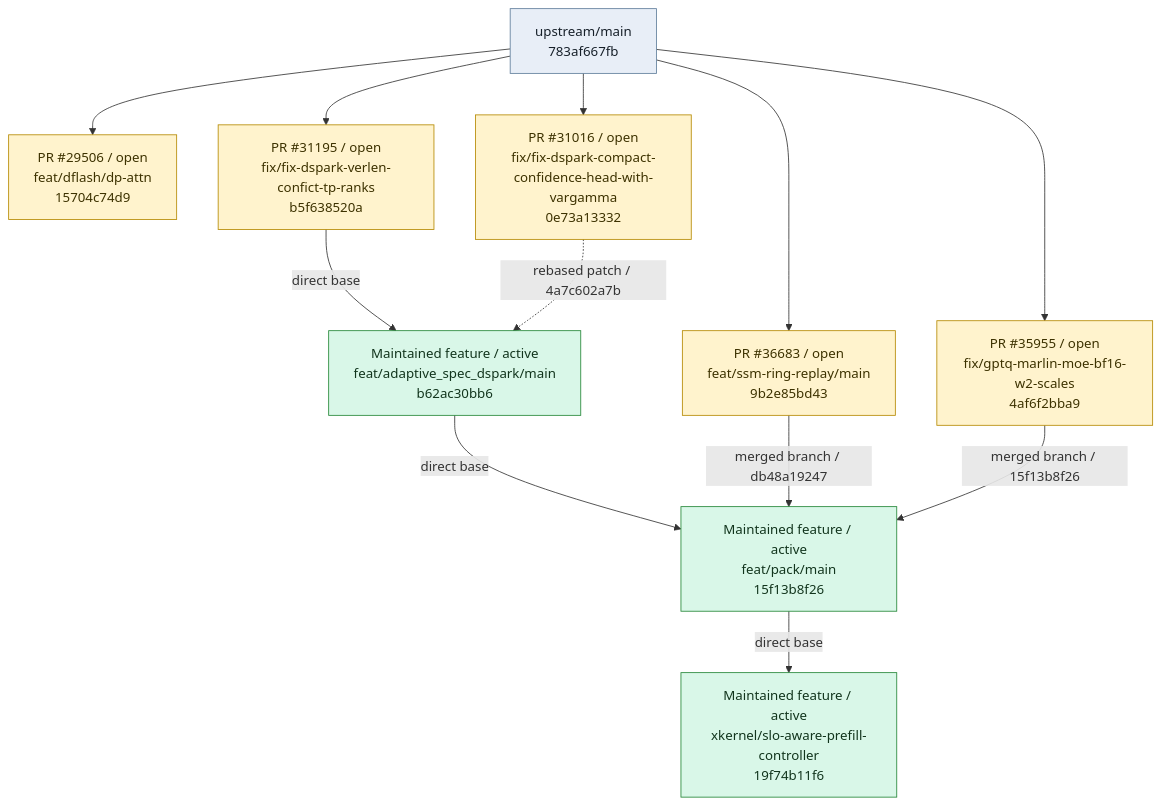
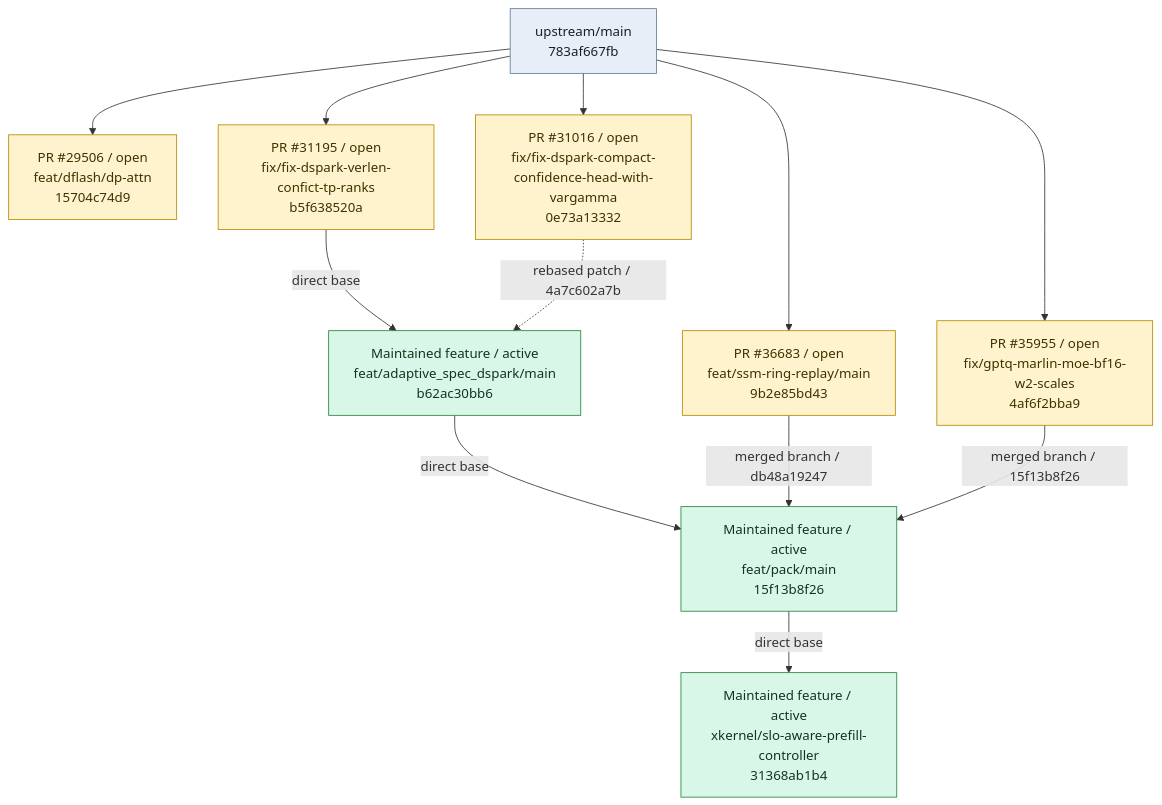
One commit to EanWang211123/sglang changed the first of 4 diagrams in BRANCH_GRAPH.md. Above: the diagram before and after it, drawn with Mermaid. The commit also changed other lines of this file and 2 other files, not shown here.

Commit message:
meta: record SLO profiling KV lifecycle fix

````diff
--- a/BRANCH_GRAPH.md
+++ b/BRANCH_GRAPH.md
@@ -11,37 +11,37 @@
 ```mermaid
 flowchart TD
     base_upstream_main["upstream/main<br/>783af667fb"]
     branch_dflash_dp_attn["PR #29506 / open<br/>feat/dflash/dp-attn<br/>15704c74d9"]
     base_upstream_main --> branch_dflash_dp_attn
     click branch_dflash_dp_attn "https://github.com/sgl-project/sglang/pull/29506"
     branch_dspark_tp_budget_sync["PR #31195 / open<br/>fix/fix-dspark-verlen-confict-tp-ranks<br/>b5f638520a"]
     base_upstream_main --> branch_dspark_tp_budget_sync
     click branch_dspark_tp_budget_sync "https://github.com/sgl-project/sglang/pull/31195"
     branch_dspark_runtime_gamma["PR #31016 / open<br/>fix/fix-dspark-compact-confidence-head-with-vargamma<br/>0e73a13332"]
     base_upstream_main --> branch_dspark_runtime_gamma
     click branch_dspark_runtime_gamma "https://github.com/sgl-project/sglang/pull/31016"
     branch_gptq_marlin_moe_bf16_w2_scales["PR #35955 / open<br/>fix/gptq-marlin-moe-bf16-w2-scales<br/>4af6f2bba9"]
     base_upstream_main --> branch_gptq_marlin_moe_bf16_w2_scales
     click branch_gptq_marlin_moe_bf16_w2_scales "https://github.com/sgl-project/sglang/pull/35955"
     branch_replayssm_dflash_dspark["PR #36683 / open<br/>feat/ssm-ring-replay/main<br/>9b2e85bd43"]
     base_upstream_main --> branch_replayssm_dflash_dspark
     click branch_replayssm_dflash_dspark "https://github.com/sgl-project/sglang/pull/36683"
     branch_dspark_adaptive["Maintained feature / active<br/>feat/adaptive_spec_dspark/main<br/>b62ac30bb6"]
     click branch_dspark_adaptive "https://github.com/EanWang211123/sglang/tree/feat/adaptive_spec_dspark/main"
     branch_adaptive_dspark_replayssm_gptq_marlin_pack["Maintained feature / active<br/>feat/pack/main<br/>15f13b8f26"]
     click branch_adaptive_dspark_replayssm_gptq_marlin_pack "https://github.com/EanWang211123/sglang/tree/feat/pack/main"
-    branch_xkernel_slo_aware_prefill_controller["Maintained feature / active<br/>xkernel/slo-aware-prefill-controller<br/>19f74b11f6"]
+    branch_xkernel_slo_aware_prefill_controller["Maintained feature / active<br/>xkernel/slo-aware-prefill-controller<br/>31368ab1b4"]
     click branch_xkernel_slo_aware_prefill_controller "https://github.com/EanWang211123/sglang/tree/xkernel/slo-aware-prefill-controller"
     branch_dspark_tp_budget_sync -->|"direct base"| branch_dspark_adaptive
     branch_dspark_runtime_gamma -.->|"rebased patch / 4a7c602a7b"| branch_dspark_adaptive
     branch_dspark_adaptive -->|"direct base"| branch_adaptive_dspark_replayssm_gptq_marlin_pack
     branch_replayssm_dflash_dspark -->|"merged branch / db48a19247"| branch_adaptive_dspark_replayssm_gptq_marlin_pack
     branch_gptq_marlin_moe_bf16_w2_scales -->|"merged branch / 15f13b8f26"| branch_adaptive_dspark_replayssm_gptq_marlin_pack
     branch_adaptive_dspark_replayssm_gptq_marlin_pack -->|"direct base"| branch_xkernel_slo_aware_prefill_controller
     classDef base fill:#e8eef7,stroke:#607d9b,color:#17202a
     classDef pr fill:#fff3cd,stroke:#b58900,color:#3d3200
     classDef feature fill:#d9f7e8,stroke:#238636,color:#12351d
     class base_upstream_main base
     class branch_dflash_dp_attn,branch_dspark_tp_budget_sync,branch_dspark_runtime_gamma,branch_gptq_marlin_moe_bf16_w2_scales,branch_replayssm_dflash_dspark pr
     class branch_dspark_adaptive,branch_adaptive_dspark_replayssm_gptq_marlin_pack,branch_xkernel_slo_aware_prefill_controller feature
 ```
````
